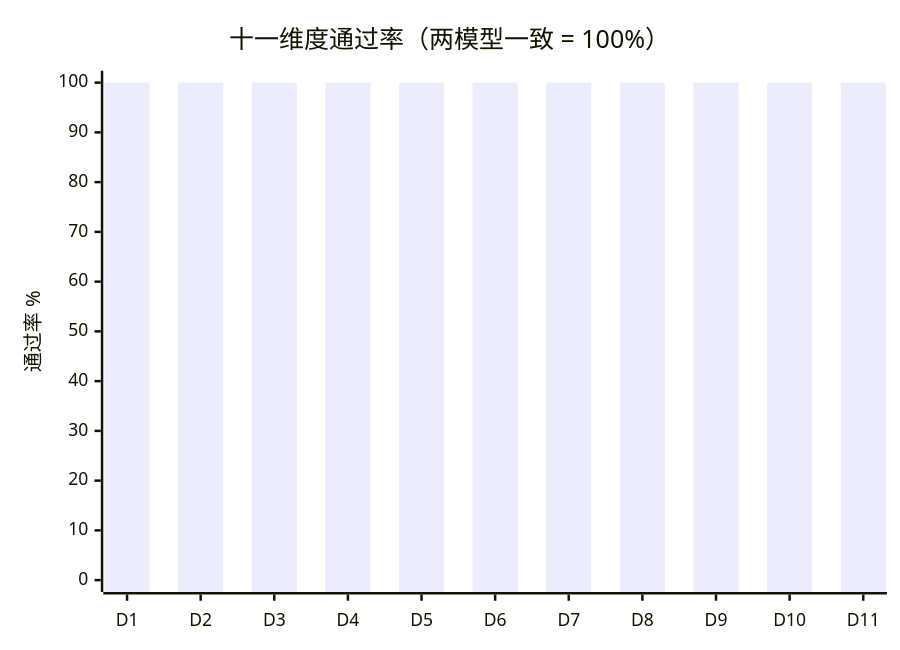
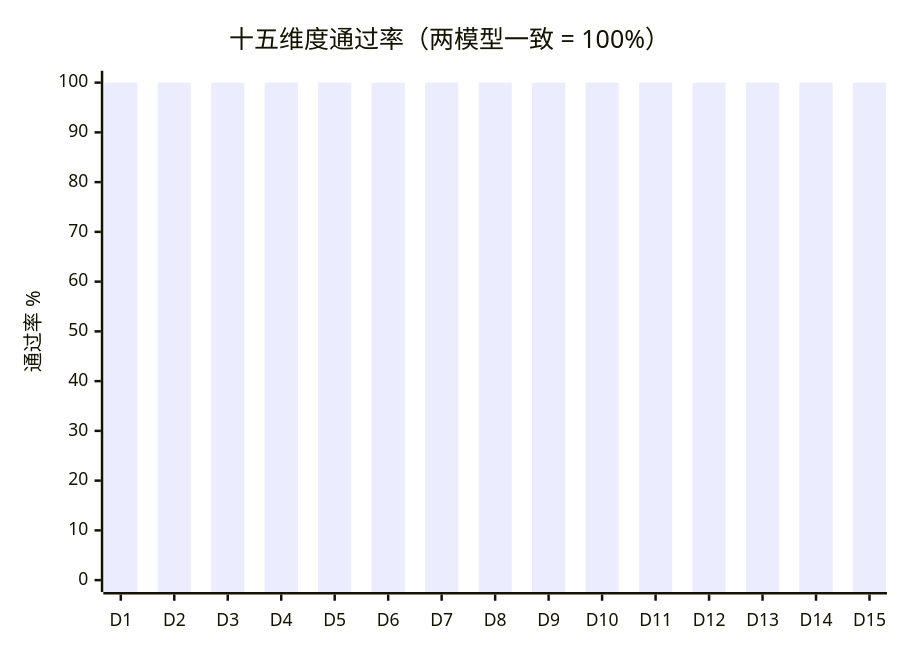
Before and after one commit to fuxicodex/Fuxi: the first of 3 diagrams in benchmark/REPORT.zh-CN.md, drawn with Mermaid. The commit also changed other lines of this file and 36 other files, not shown here.

````diff
--- a/benchmark/REPORT.zh-CN.md
+++ b/benchmark/REPORT.zh-CN.md
@@ -110,7 +120,7 @@
 ```mermaid
 xychart-beta
-    title "十一维度通过率（两模型一致 = 100%）"
-    x-axis ["D1","D2","D3","D4","D5","D6","D7","D8","D9","D10","D11"]
+    title "十五维度通过率（两模型一致 = 100%）"
+    x-axis ["D1","D2","D3","D4","D5","D6","D7","D8","D9","D10","D11","D12","D13","D14","D15"]
     y-axis "通过率 %" 0 --> 100
-    bar [100, 100, 100, 100, 100, 100, 100, 100, 100, 100, 100]
+    bar [100, 100, 100, 100, 100, 100, 100, 100, 100, 100, 100, 100, 100, 100, 100]
 ```
````
